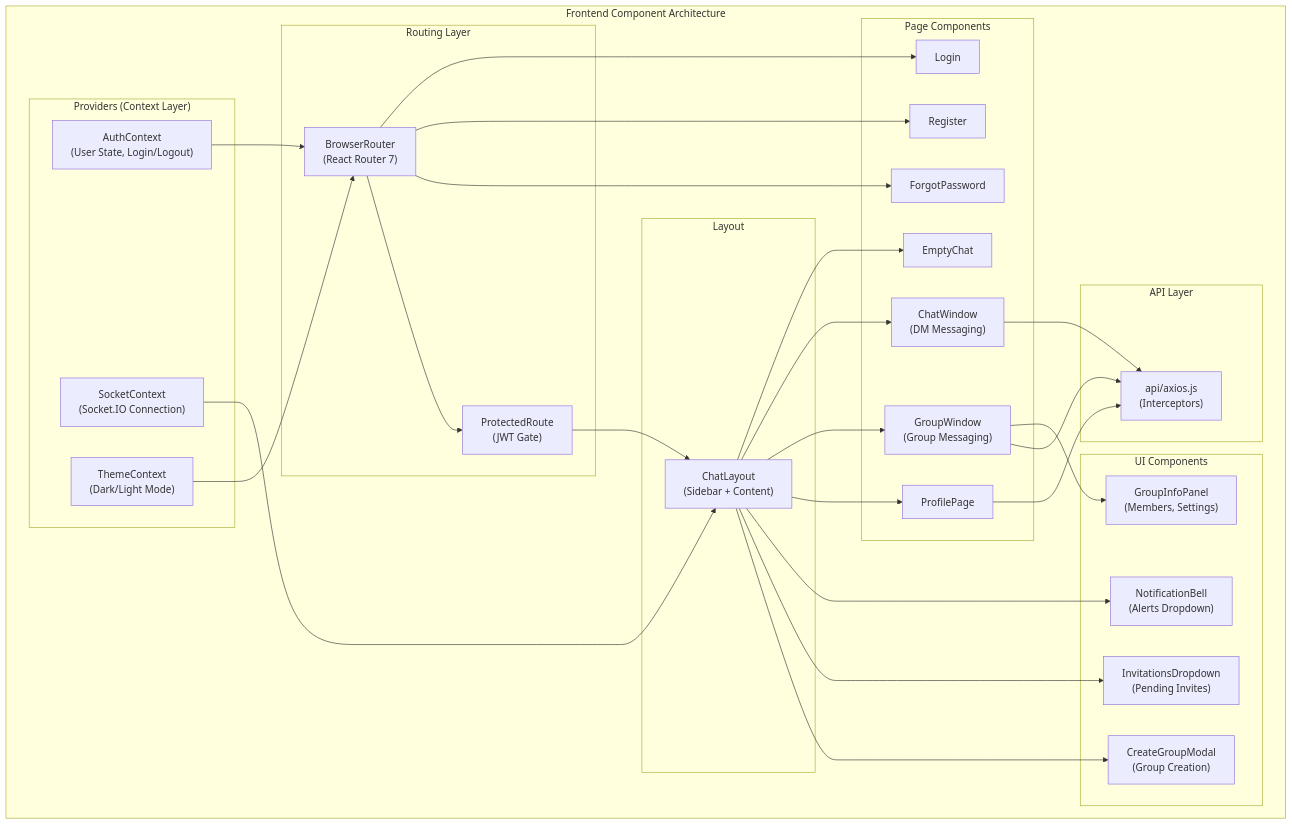
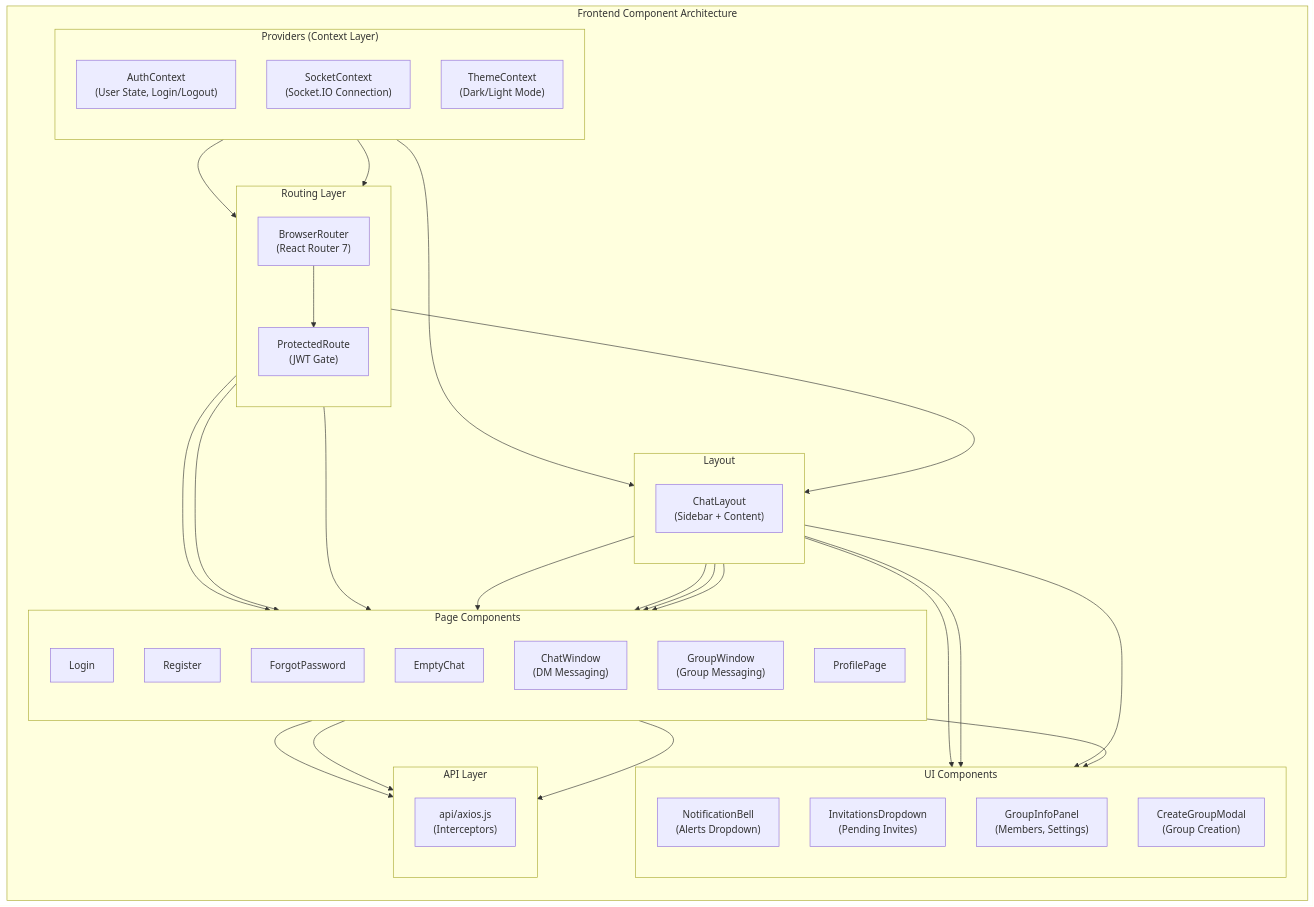
The third of 9 diagrams in report_sections/section_4_system_design.md (Aften-Himmel/privacy_chat), drawn with Mermaid before and after one commit. The commit also changed other lines of this file and 23 other files, not shown here.

````diff
--- a/report_sections/section_4_system_design.md
+++ b/report_sections/section_4_system_design.md
@@ -117,52 +124,59 @@
 ```mermaid
 flowchart TD
     subgraph "Frontend Component Architecture"
+        direction TB
         subgraph "Providers (Context Layer)"
+            direction TB
             AUTH_CTX["AuthContext\n(User State, Login/Logout)"]
             SOCK_CTX["SocketContext\n(Socket.IO Connection)"]
             THEME_CTX["ThemeContext\n(Dark/Light Mode)"]
         end
 
         subgraph "Routing Layer"
+            direction TB
             ROUTER["BrowserRouter\n(React Router 7)"]
             PROT["ProtectedRoute\n(JWT Gate)"]
         end
 
         subgraph "Layout"
+            direction TB
             LAYOUT["ChatLayout\n(Sidebar + Content)"]
         end
 
         subgraph "Page Components"
+            direction TB
             LOGIN["Login"]
             REG["Register"]
             FORGOT["ForgotPassword"]
             EMPTY["EmptyChat"]
             CHAT["ChatWindow\n(DM Messaging)"]
             GROUP["GroupWindow\n(Group Messaging)"]
             PROFILE["ProfilePage"]
         end
 
         subgraph "UI Components"
+            direction TB
             NOTIF["NotificationBell\n(Alerts Dropdown)"]
             INV_DD["InvitationsDropdown\n(Pending Invites)"]
             GRP_INFO["GroupInfoPanel\n(Members, Settings)"]
             GRP_MODAL["CreateGroupModal\n(Group Creation)"]
         end
 
         subgraph "API Layer"
+            direction TB
             AXIOS_API["api/axios.js\n(Interceptors)"]
         end
     end
 
     ROUTER --> LOGIN & REG & FORGOT
     ROUTER --> PROT --> LAYOUT
     LAYOUT --> EMPTY & CHAT & GROUP & PROFILE
     LAYOUT --> NOTIF & INV_DD & GRP_MODAL
     GROUP --> GRP_INFO
     CHAT --> AXIOS_API
     GROUP --> AXIOS_API
     PROFILE --> AXIOS_API
     AUTH_CTX --> ROUTER
     SOCK_CTX --> LAYOUT
     THEME_CTX --> ROUTER
 ```
````
